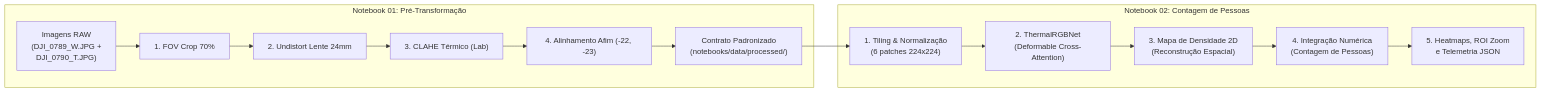
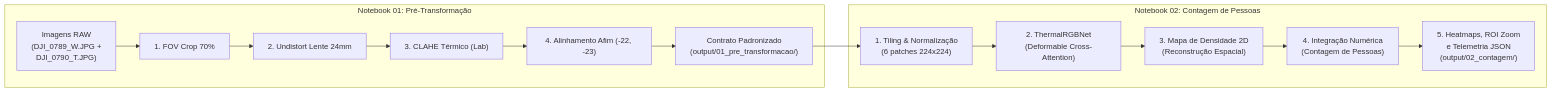
Before and after one commit to patrickmcruz/contagem-de-pessoas-geral: the diagram in count-github-def_rgbtcc/docs/GUIA_PIPELINE_NOTEBOOKS_RGBTCC.md, drawn with Mermaid. The commit also changed other lines of this file and 59 other files, not shown here.

Commit message:
refactor: organiza input e output em estrutura 1:1 limpa, arquiva testes legados e atualiza notebooks e documentacao

````diff
--- a/count-github-def_rgbtcc/docs/GUIA_PIPELINE_NOTEBOOKS_RGBTCC.md
+++ b/count-github-def_rgbtcc/docs/GUIA_PIPELINE_NOTEBOOKS_RGBTCC.md
@@ -17,18 +17,18 @@
 ```mermaid
 flowchart LR
     subgraph STAGE_1 ["Notebook 01: Pré-Transformação"]
         RAW["Imagens RAW\n(DJI_0789_W.JPG +\nDJI_0790_T.JPG)"] --> FOV["1. FOV Crop 70%"]
         FOV --> UNDIST["2. Undistort Lente 24mm"]
         UNDIST --> CLAHE["3. CLAHE Térmico (Lab)"]
         CLAHE --> SHIFT["4. Alinhamento Afim (-22, -23)"]
-        SHIFT --> CONTRACT["Contrato Padronizado\n(notebooks/data/processed/)"]
+        SHIFT --> CONTRACT["Contrato Padronizado\n(output/01_pre_transformacao/)"]
     end
 
     subgraph STAGE_2 ["Notebook 02: Contagem de Pessoas"]
         CONTRACT --> TILING["1. Tiling & Normalização\n(6 patches 224x224)"]
         TILING --> NET["2. ThermalRGBNet\n(Deformable Cross-Attention)"]
         NET --> DENSITY["3. Mapa de Densidade 2D\n(Reconstrução Espacial)"]
         DENSITY --> COUNT["4. Integração Numérica\n(Contagem de Pessoas)"]
-        COUNT --> AUDIT["5. Heatmaps, ROI Zoom\ne Telemetria JSON"]
+        COUNT --> AUDIT["5. Heatmaps, ROI Zoom\ne Telemetria JSON\n(output/02_contagem/)"]
     end
 ```
````
